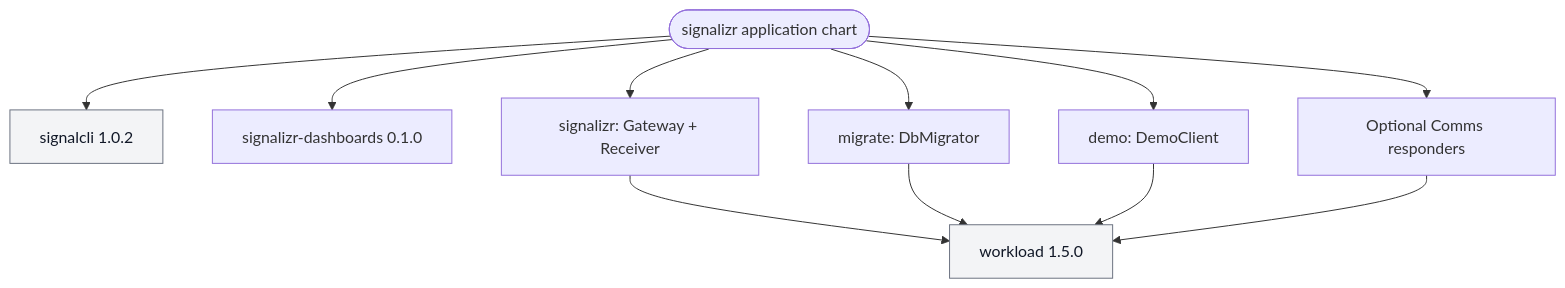
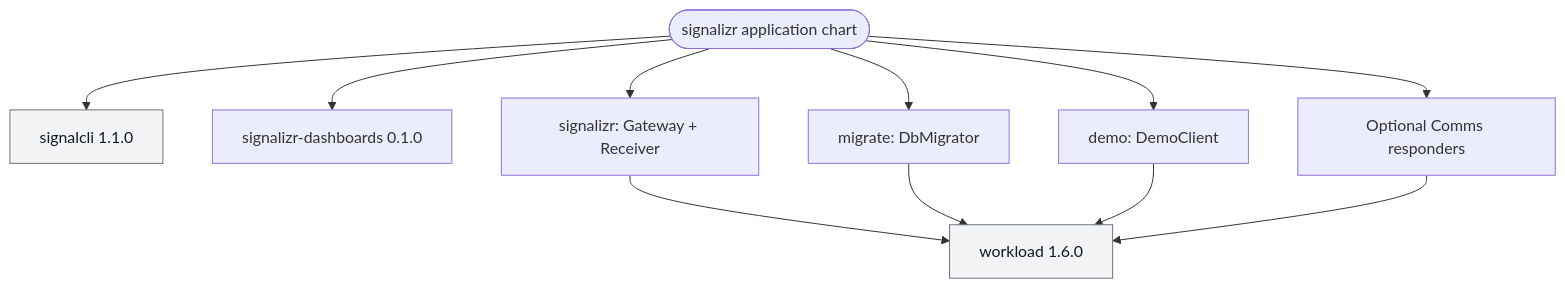
The diagram in charts/signalizr/README.md (f2calv/signalizr), drawn with Mermaid before and after one commit. The commit also changed other lines of this file and 7 other files, not shown here.

First line of the commit message:
docs(readme): drop Release-graph and unpublished-package caveats

````diff
--- a/charts/signalizr/README.md
+++ b/charts/signalizr/README.md
@@ -60,17 +58,17 @@
 ```mermaid
 graph TD
     ROOT([signalizr application chart])
-    WRAPPER["signalcli 1.0.2"]
-    WORKLOAD["workload 1.5.0"]
+    WRAPPER["signalcli 1.1.0"]
+    WORKLOAD["workload 1.6.0"]
     DASH["signalizr-dashboards 0.1.0"]
     GATEWAY["signalizr: Gateway + Receiver"]
     MIGRATOR["migrate: DbMigrator"]
     DEMO["demo: DemoClient"]
     RESPONDER["Optional Comms responders"]
     ROOT --> WRAPPER
     ROOT --> DASH
     ROOT --> GATEWAY & MIGRATOR & DEMO & RESPONDER
     GATEWAY & MIGRATOR & DEMO & RESPONDER --> WORKLOAD
     classDef external fill:#f3f4f6,stroke:#6b7280,color:#111827
     class WRAPPER,WORKLOAD external
 ```
````
